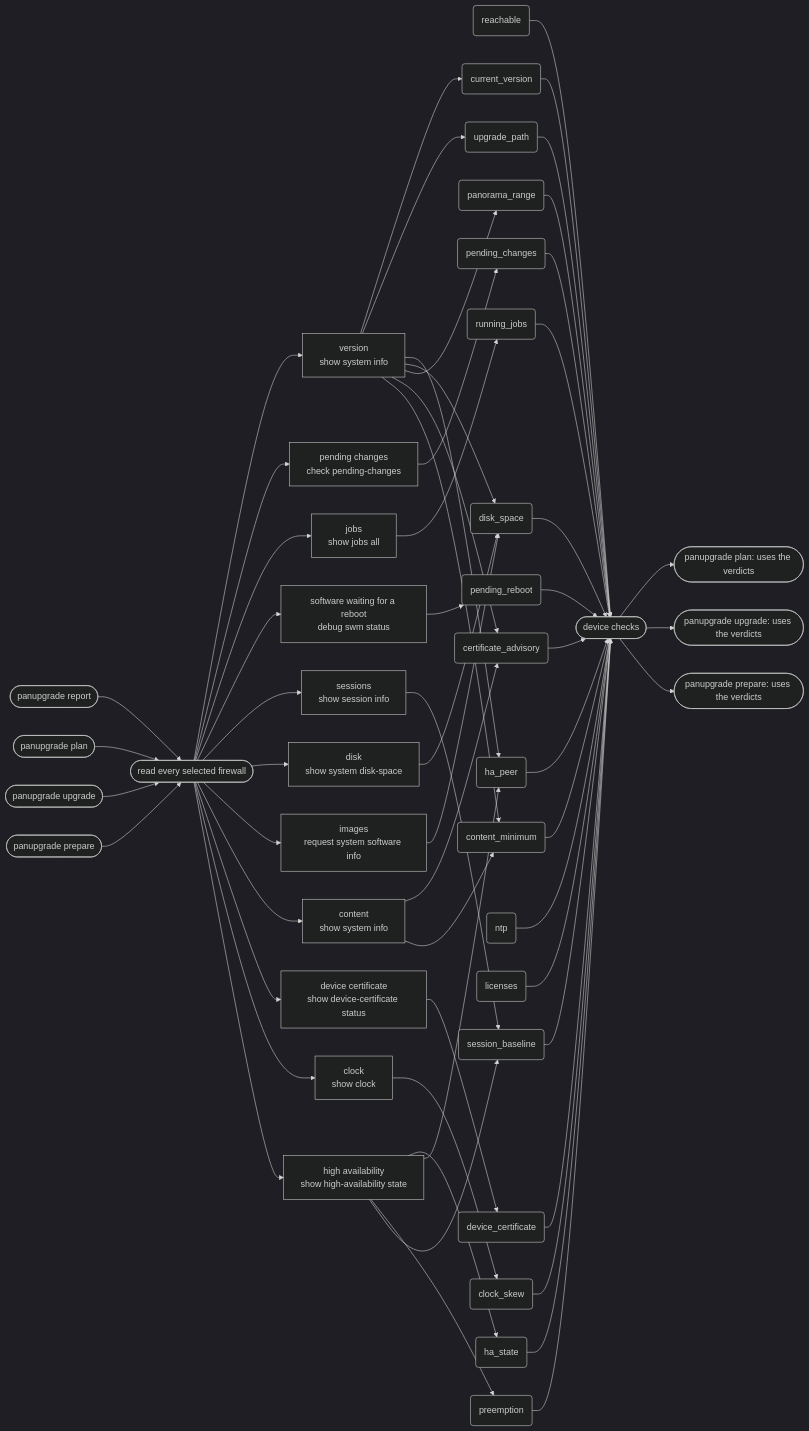
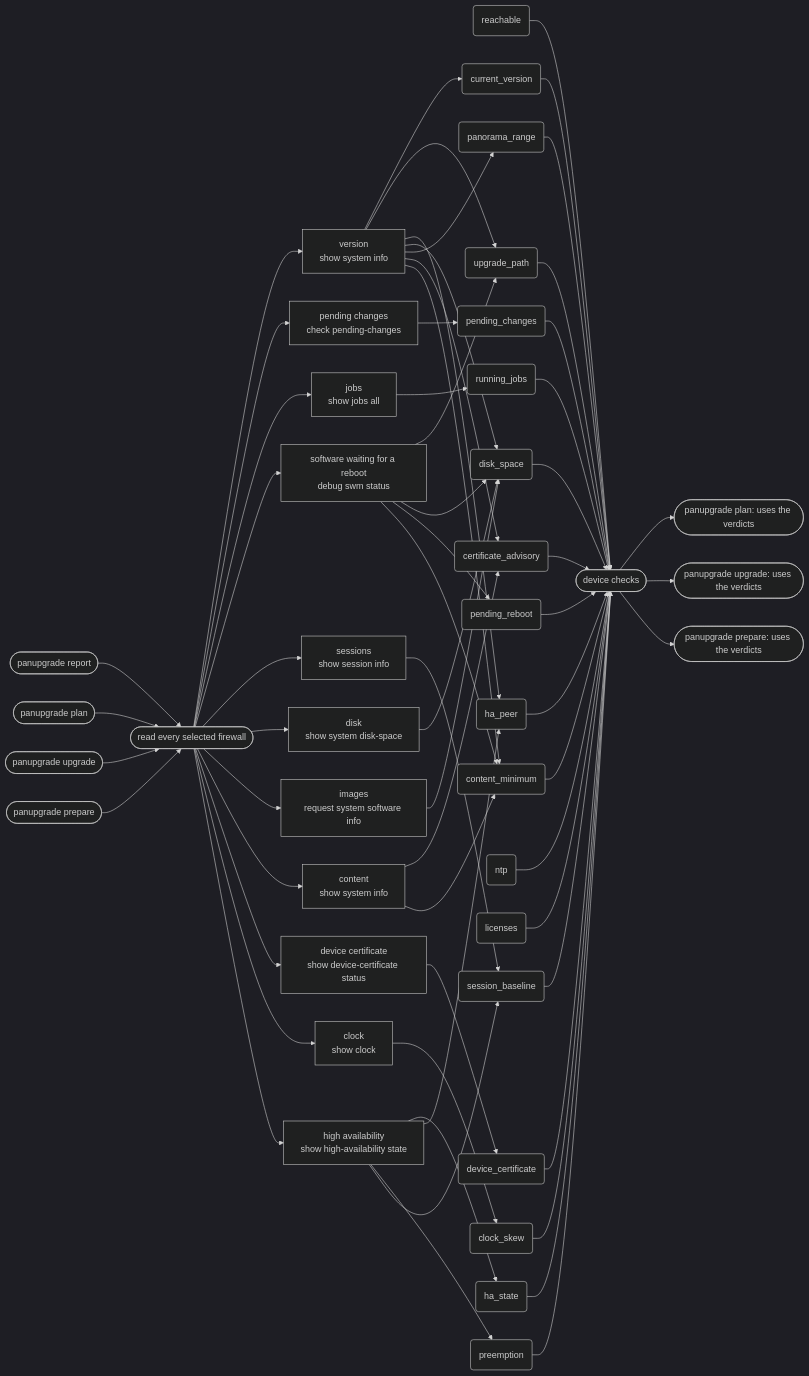
The second of 2 diagrams in docs/flow/checks.md (fettigcj/panUpgrade), drawn with Mermaid (dark theme) before and after one commit. The commit also changed other lines of this file and 7 other files, not shown here.

```diff
--- a/docs/flow/checks.md
+++ b/docs/flow/checks.md
@@ -165,7 +165,10 @@
     q_version --> k_content_minimum
     q_pending_changes --> k_pending_changes
     q_jobs --> k_running_jobs
+    q_software_waiting_for_a_reboot --> k_upgrade_path
+    q_software_waiting_for_a_reboot --> k_disk_space
     q_software_waiting_for_a_reboot --> k_pending_reboot
+    q_software_waiting_for_a_reboot --> k_content_minimum
     q_sessions --> k_session_baseline
     q_disk --> k_disk_space
     q_images --> k_disk_space
```
